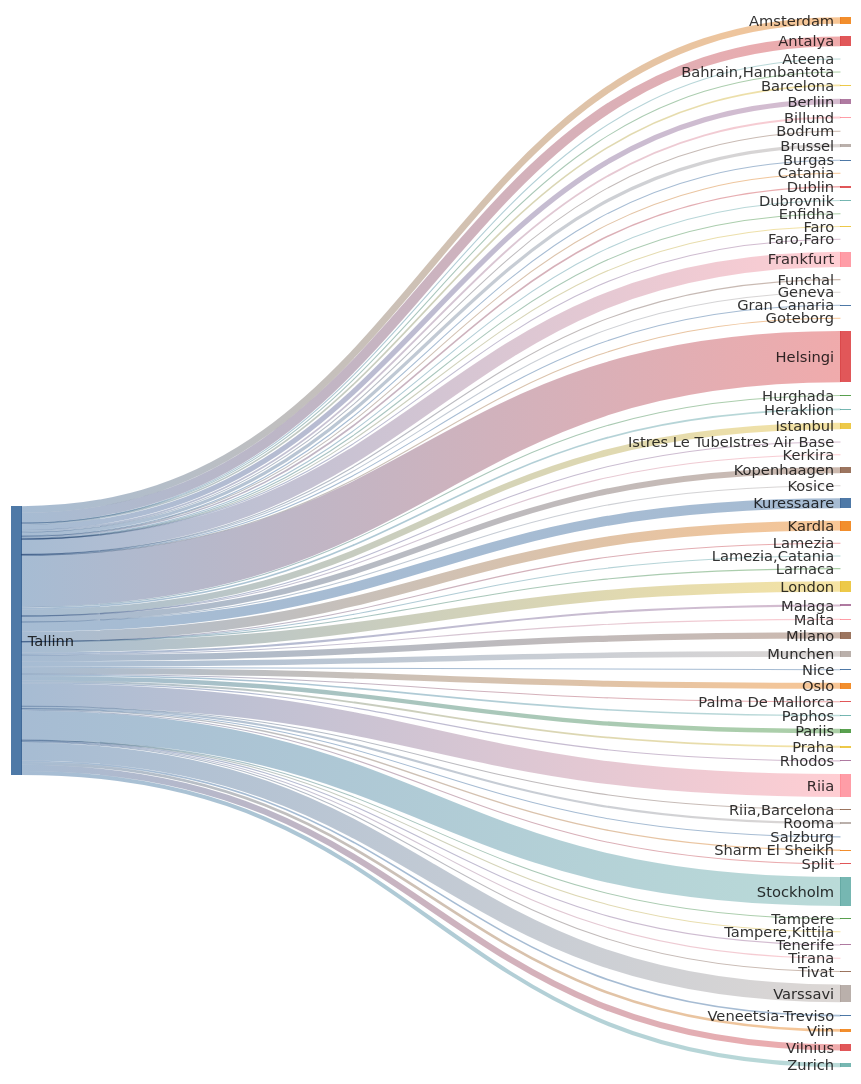
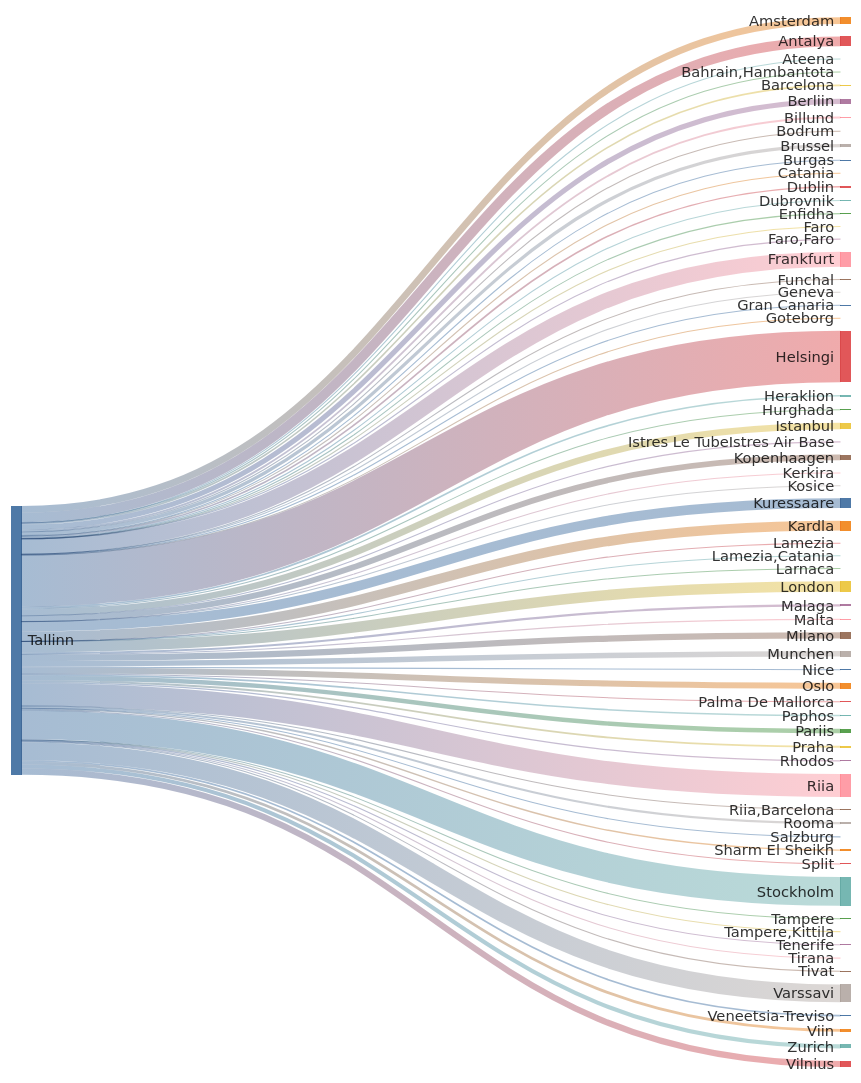
The second of 2 diagrams in README.md (rainermesi/tll-airport-departures), drawn with Mermaid before and after one commit. The commit also changed other lines of this file, not shown here.

````diff
--- a/README.md
+++ b/README.md
@@ -34,76 +34,76 @@
 ```mermaid
 ---
 config:
   sankey:
     showValues: false
     width: 800
     height: 1000
 ---
 sankey-beta
 %% source,target,value
-Tallinn,Amsterdam,181
-Tallinn,Antalya,261
+Tallinn,Amsterdam,183
+Tallinn,Antalya,262
 Tallinn,Ateena,16
 Tallinn,"Bahrain,Hambantota",1
 Tallinn,Barcelona,43
-Tallinn,Berliin,141
+Tallinn,Berliin,142
 Tallinn,Billund,49
 Tallinn,Bodrum,11
 Tallinn,Brussel,88
 Tallinn,Burgas,21
 Tallinn,Catania,2
 Tallinn,Dublin,44
 Tallinn,Dubrovnik,21
 Tallinn,Enfidha,7
 Tallinn,Faro,4
 Tallinn,"Faro,Faro",1
-Tallinn,Frankfurt,408
+Tallinn,Frankfurt,411
 Tallinn,Funchal,5
 Tallinn,Geneva,1
 Tallinn,Gran Canaria,20
 Tallinn,Goteborg,1
-Tallinn,Helsingi,1387
+Tallinn,Helsingi,1395
 Tallinn,Heraklion,46
 Tallinn,Hurghada,27
-Tallinn,Istanbul,174
+Tallinn,Istanbul,175
 Tallinn,Istres Le TubeIstres Air Base,2
 Tallinn,Kerkira,4
-Tallinn,Kopenhaagen,156
+Tallinn,Kopenhaagen,157
 Tallinn,Kosice,1
-Tallinn,Kuressaare,265
-Tallinn,Kardla,265
+Tallinn,Kuressaare,267
+Tallinn,Kardla,267
 Tallinn,Lamezia,1
 Tallinn,"Lamezia,Catania",3
 Tallinn,Larnaca,4
-Tallinn,London,283
-Tallinn,Malaga,56
+Tallinn,London,285
+Tallinn,Malaga,58
 Tallinn,Malta,15
-Tallinn,Milano,169
+Tallinn,Milano,170
 Tallinn,Munchen,149
 Tallinn,Nice,25
-Tallinn,Oslo,162
+Tallinn,Oslo,163
 Tallinn,Palma De Mallorca,19
-Tallinn,Paphos,43
-Tallinn,Pariis,118
+Tallinn,Paphos,44
+Tallinn,Pariis,119
 Tallinn,Praha,49
 Tallinn,Rhodos,32
-Tallinn,Riia,616
+Tallinn,Riia,620
 Tallinn,"Riia,Barcelona",1
 Tallinn,Rooma,57
 Tallinn,Salzburg,2
 Tallinn,Sharm El Sheikh,37
 Tallinn,Split,25
-Tallinn,Stockholm,778
+Tallinn,Stockholm,781
 Tallinn,Tampere,17
 Tallinn,"Tampere,Kittila",2
-Tallinn,Tenerife,29
+Tallinn,Tenerife,30
 Tallinn,Tirana,8
 Tallinn,Tivat,26
-Tallinn,Varssavi,477
-Tallinn,Veneetsia-Treviso,44
-Tallinn,Viin,73
+Tallinn,Varssavi,481
+Tallinn,Veneetsia-Treviso,45
+Tallinn,Viin,74
 Tallinn,Vilnius,166
-Tallinn,Zurich,109
+Tallinn,Zurich,110
 
 
 ```
````
